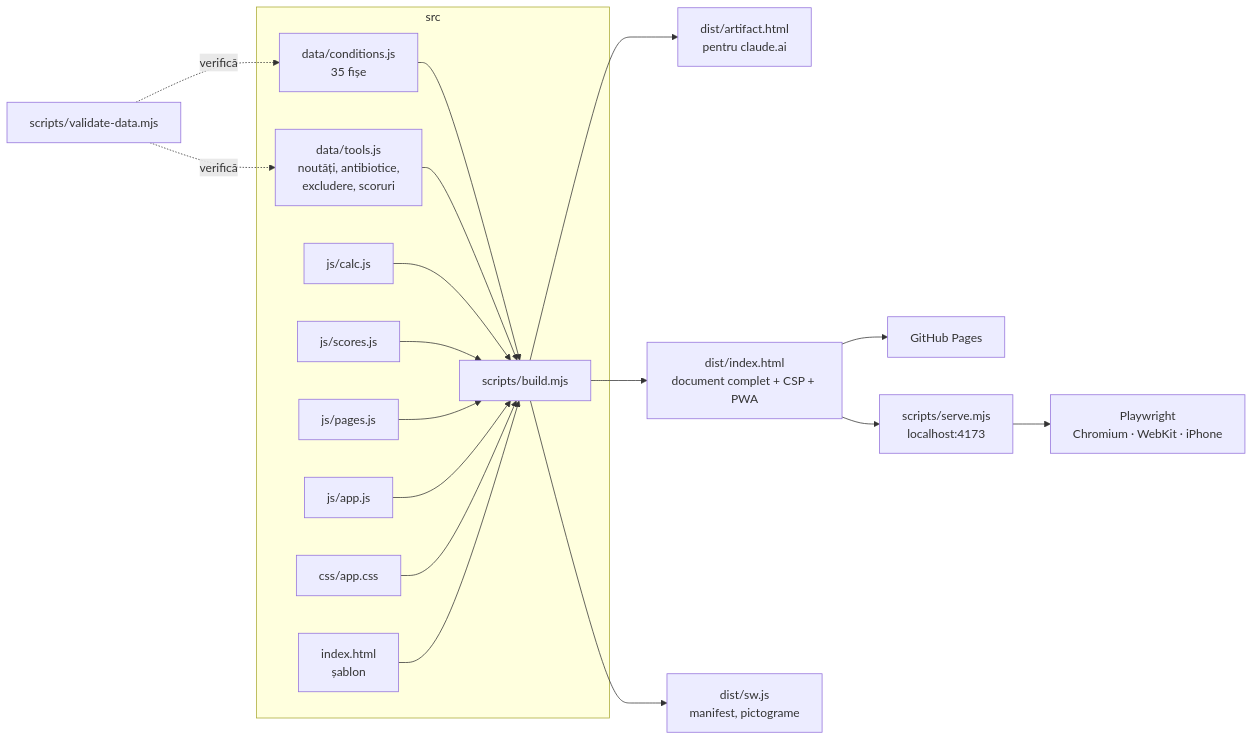
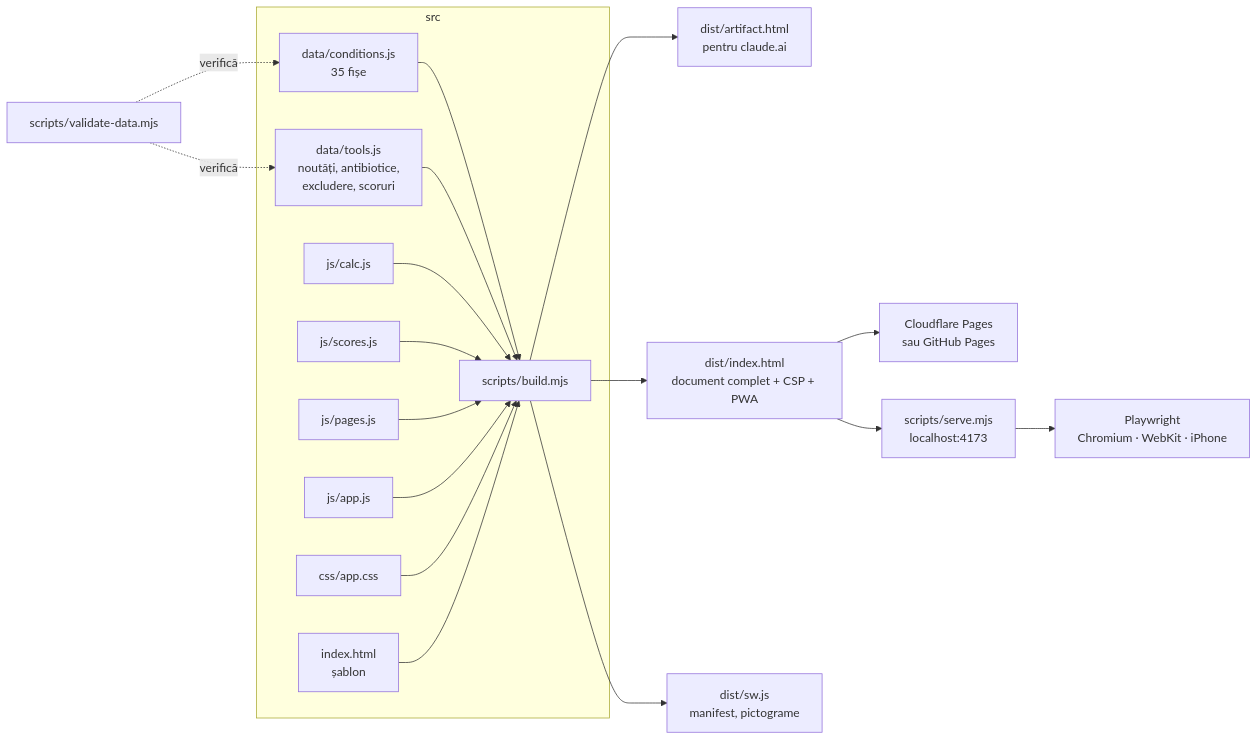
The first of 2 diagrams in docs/ARCHITECTURE.md (bogdancristiannica-jpg/pediatrie-mf), drawn with Mermaid before and after one commit. The commit also changed 8 other files, not shown here.

First line of the commit message:
Publicare pe Cloudflare Pages; workflow-urile GitHub pe pornire manuală; acțiuni actualizate

````diff
--- a/docs/ARCHITECTURE.md
+++ b/docs/ARCHITECTURE.md
@@ -9,21 +9,21 @@
 ```mermaid
 flowchart LR
   subgraph src
     D1[data/conditions.js<br/>35 fișe] --> B
     D2[data/tools.js<br/>noutăți, antibiotice,<br/>excludere, scoruri] --> B
     J1[js/calc.js] --> B
     J2[js/scores.js] --> B
     J3[js/pages.js] --> B
     J4[js/app.js] --> B
     CSS[css/app.css] --> B
     T[index.html<br/>șablon] --> B
   end
   V[scripts/validate-data.mjs] -. verifică .-> D1
   V -. verifică .-> D2
   B[scripts/build.mjs] --> A[dist/artifact.html<br/>pentru claude.ai]
   B --> I[dist/index.html<br/>document complet + CSP + PWA]
   B --> SW[dist/sw.js<br/>manifest, pictograme]
-  I --> P[GitHub Pages]
+  I --> P[Cloudflare Pages<br/>sau GitHub Pages]
   I --> S[scripts/serve.mjs<br/>localhost:4173]
   S --> E2E[Playwright<br/>Chromium · WebKit · iPhone]
 ```
````
